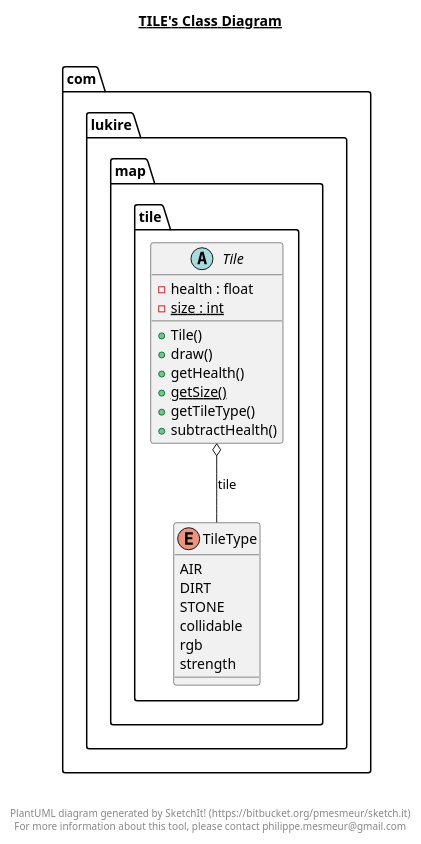
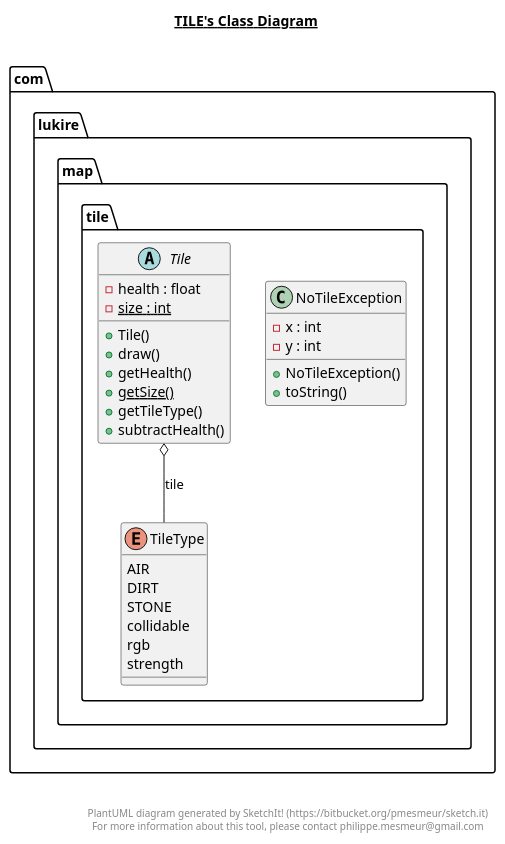
One commit to Lukires/school_cannon changed the diagram in src/main/java/com/lukire/map/tile/tile.plantuml. Above: the diagram before and after it, drawn with PlantUML. The commit also changed 11 other files, not shown here.

Commit message:
Added Javadocs & Updated UML

```diff
--- a/src/main/java/com/lukire/map/tile/tile.plantuml
+++ b/src/main/java/com/lukire/map/tile/tile.plantuml
@@ -1,45 +1,57 @@
 @startuml
 
 title __TILE's Class Diagram__\n
+
+  namespace com.lukire.map {
+    namespace tile {
+      class com.lukire.map.tile.NoTileException {
+          - x : int
+          - y : int
+          + NoTileException()
+          + toString()
+      }
+    }
+  }
+  
 
   namespace com.lukire.map {
     namespace tile {
       abstract class com.lukire.map.tile.Tile {
           - health : float
           {static} - size : int
           + Tile()
           + draw()
           + getHealth()
           {static} + getSize()
           + getTileType()
           + subtractHealth()
       }
     }
   }
   
 
   namespace com.lukire.map {
     namespace tile {
       enum TileType {
         AIR
         DIRT
         STONE
         collidable
         rgb
         strength
       }
     }
   }
   
 
   com.lukire.map.tile.Tile o-- com.lukire.map.tile.TileType : tile
 
 
 right footer
 
 
 PlantUML diagram generated by SketchIt! (https://bitbucket.org/pmesmeur/sketch.it)
 For more information about this tool, please contact philippe.mesmeur@gmail.com
 endfooter
 
 @enduml
```
